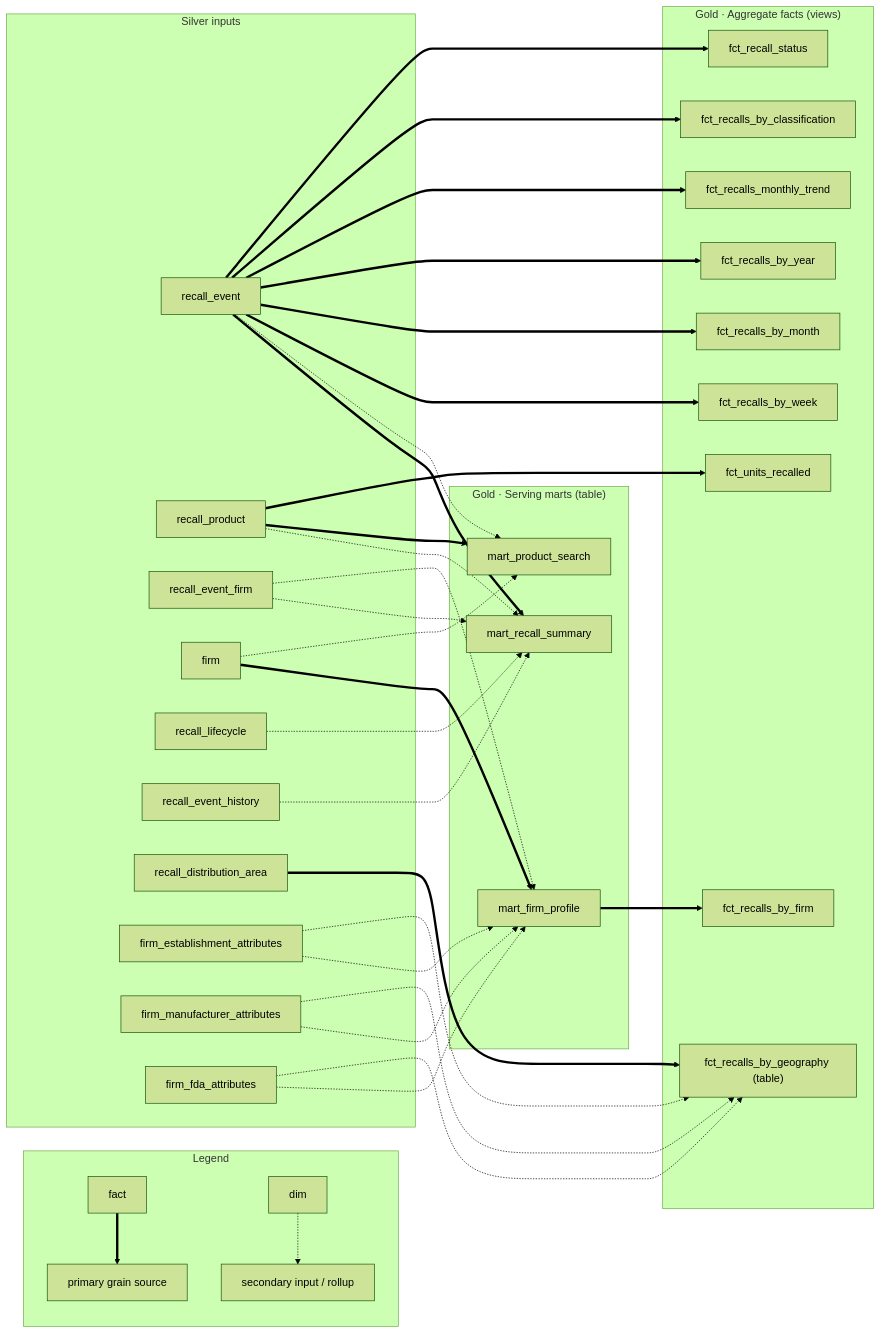
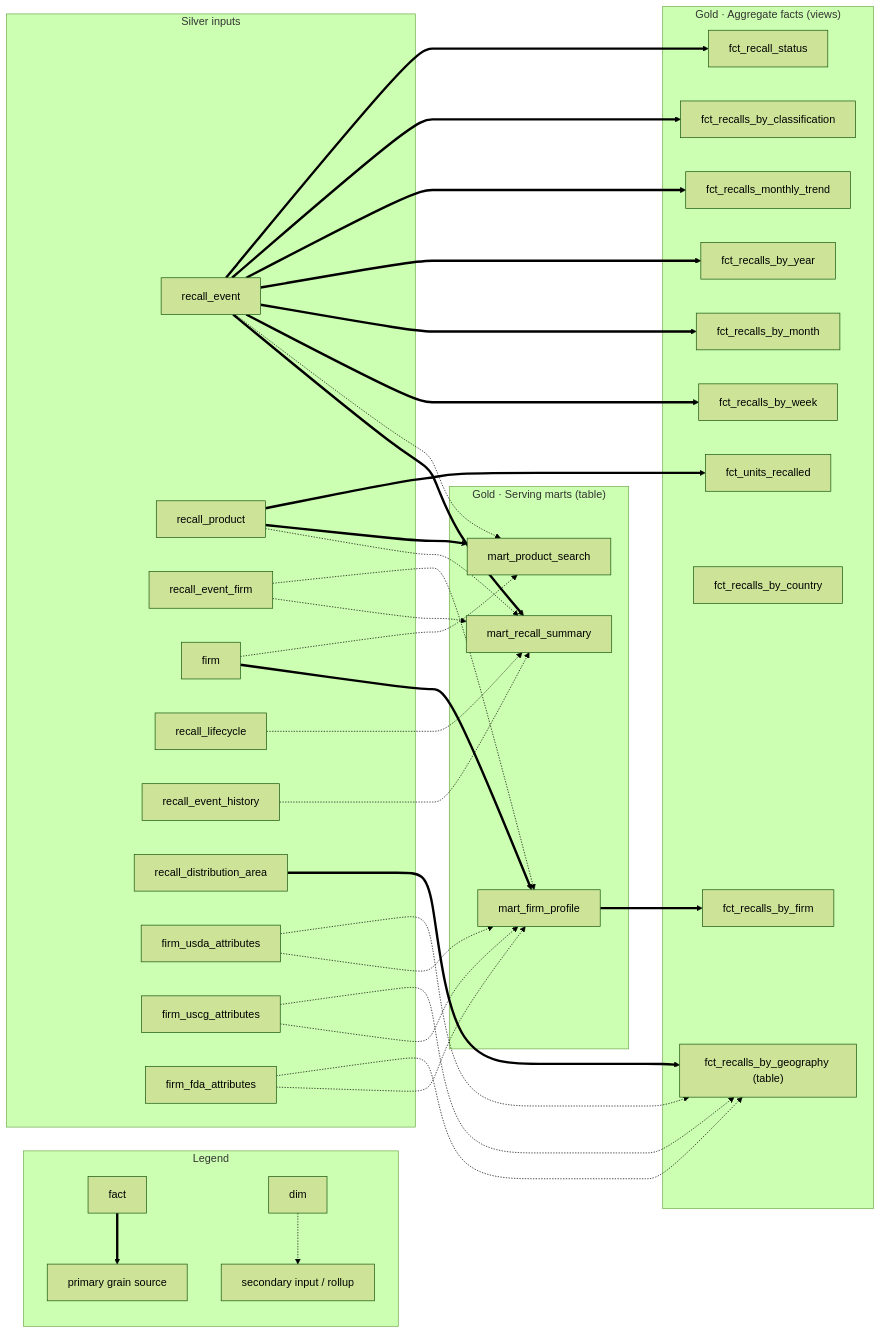
One commit to justanesta/consumer-product-recalls changed the fourth of 4 diagrams in documentation/database_overview.md. Above: the diagram before and after it, drawn with Mermaid (forest theme). The commit also changed other lines of this file and 189 other files, not shown here.

````diff
--- a/documentation/database_overview.md
+++ b/documentation/database_overview.md
@@ -414,67 +417,68 @@
 ```mermaid
 flowchart LR
     subgraph LEGEND["Legend"]
         gl1["fact"] ==> gl2["primary grain source"]
         gl3["dim"] -.-> gl4["secondary input / rollup"]
     end
 
     subgraph SILVER["Silver inputs"]
         re["recall_event"]
         rp["recall_product"]
         ref["recall_event_firm"]
         firm["firm"]
         rel["recall_lifecycle"]
         reh["recall_event_history"]
         rda["recall_distribution_area"]
-        fea["firm_establishment_attributes"]
-        fma["firm_manufacturer_attributes"]
+        fea["firm_usda_attributes"]
+        fma["firm_uscg_attributes"]
         ffa["firm_fda_attributes"]
     end
 
     subgraph MART["Gold · Serving marts (table)"]
         mrs["mart_recall_summary"]
         mfp["mart_firm_profile"]
         mps["mart_product_search"]
     end
 
     subgraph FCT["Gold · Aggregate facts (views)"]
         f_wk["fct_recalls_by_week"]
         f_mo["fct_recalls_by_month"]
         f_yr["fct_recalls_by_year"]
         f_tr["fct_recalls_monthly_trend"]
         f_cl["fct_recalls_by_classification"]
         f_st["fct_recall_status"]
         f_geo["fct_recalls_by_geography (table)"]
+        f_co["fct_recalls_by_country"]
         f_un["fct_units_recalled"]
         f_fm["fct_recalls_by_firm"]
     end
 
     %% serving marts (primary grain ==> ; rollups/joins -.->)
     re ==> mrs
     rp -.-> mrs
     ref -.-> mrs
     rel -.-> mrs
     reh -.-> mrs
     firm ==> mfp
     ref -.-> mfp
     fea -.-> mfp
     fma -.-> mfp
     ffa -.-> mfp
     rp ==> mps
     re -.-> mps
     firm -.-> mps
 
     %% aggregate facts
     re ==> f_wk
     re ==> f_mo
     re ==> f_yr
     re ==> f_tr
     re ==> f_cl
     re ==> f_st
     rp ==> f_un
     rda ==> f_geo
     fea -.-> f_geo
     fma -.-> f_geo
     ffa -.-> f_geo
     mfp ==> f_fm
 ```
````
